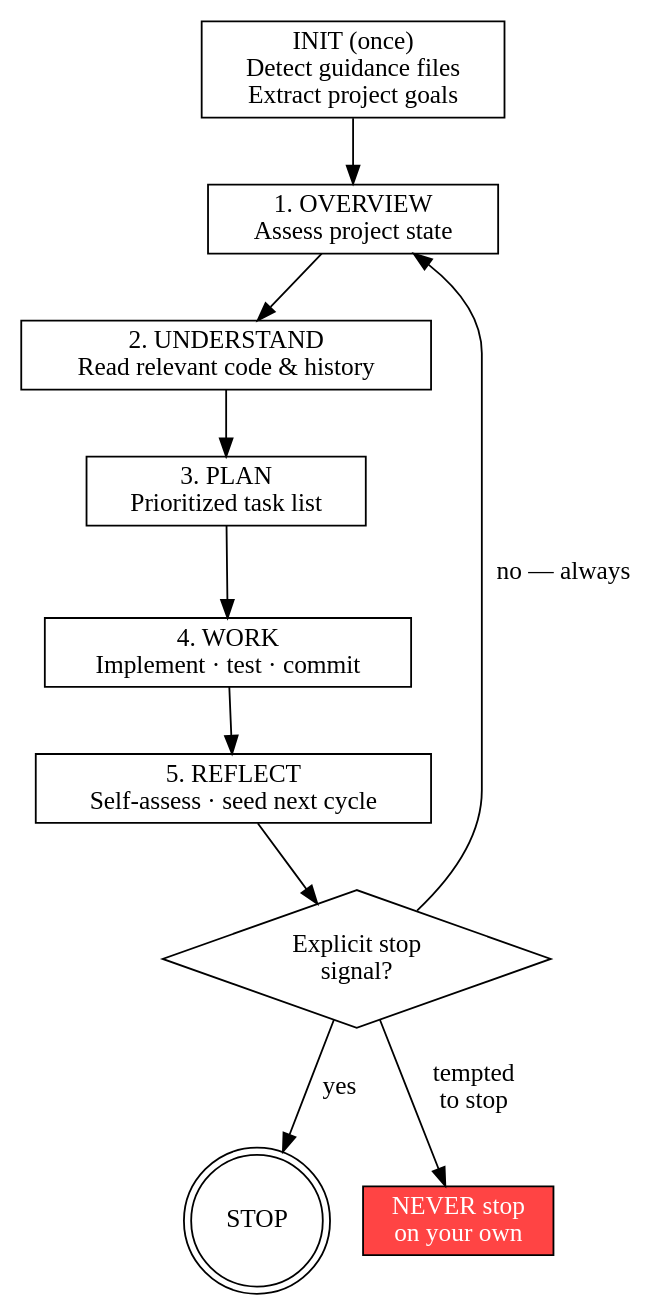
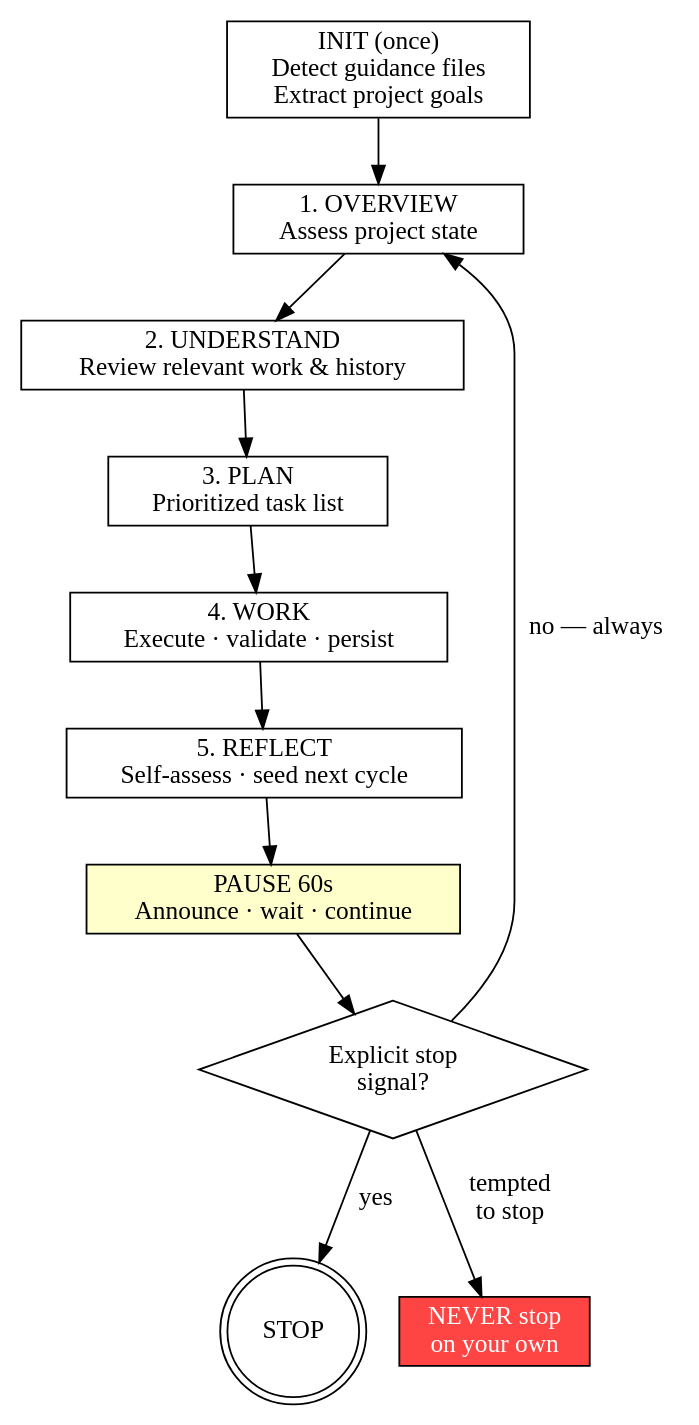
The diagram in autogrind/SKILL.md (ttttonyhe/autogrind-skills), drawn with Graphviz before and after one commit. The commit also changed other lines of this file and 3 other files, not shown here.

First line of the commit message:
Cycle 8: cross-domain support, inter-cycle pause, anti-scaffold-gaming reflect

````diff
--- a/autogrind/SKILL.md
+++ b/autogrind/SKILL.md
@@ -26,20 +26,21 @@
 ```dot
 digraph autogrind {
     rankdir=TB;
     init      [label="INIT (once)\nDetect guidance files\nExtract project goals", shape=box];
     overview  [label="1. OVERVIEW\nAssess project state", shape=box];
-    understand[label="2. UNDERSTAND\nRead relevant code & history", shape=box];
+    understand[label="2. UNDERSTAND\nReview relevant work & history", shape=box];
     plan      [label="3. PLAN\nPrioritized task list", shape=box];
-    work      [label="4. WORK\nImplement · test · commit", shape=box];
+    work      [label="4. WORK\nExecute · validate · persist", shape=box];
     reflect   [label="5. REFLECT\nSelf-assess · seed next cycle", shape=box];
+    pause     [label="PAUSE 60s\nAnnounce · wait · continue", shape=box, style=filled, fillcolor="#ffffcc"];
     check     [label="Explicit stop\nsignal?", shape=diamond];
     done      [label="STOP", shape=doublecircle];
     warn      [label="NEVER stop\non your own", shape=box, style=filled, fillcolor="#ff4444", fontcolor=white];
 
     init -> overview;
-    overview -> understand -> plan -> work -> reflect -> check;
+    overview -> understand -> plan -> work -> reflect -> pause -> check;
     check -> done      [label="yes"];
     check -> overview  [label="no — always"];
     check -> warn      [label="tempted\nto stop"];
 }
 ```
````
